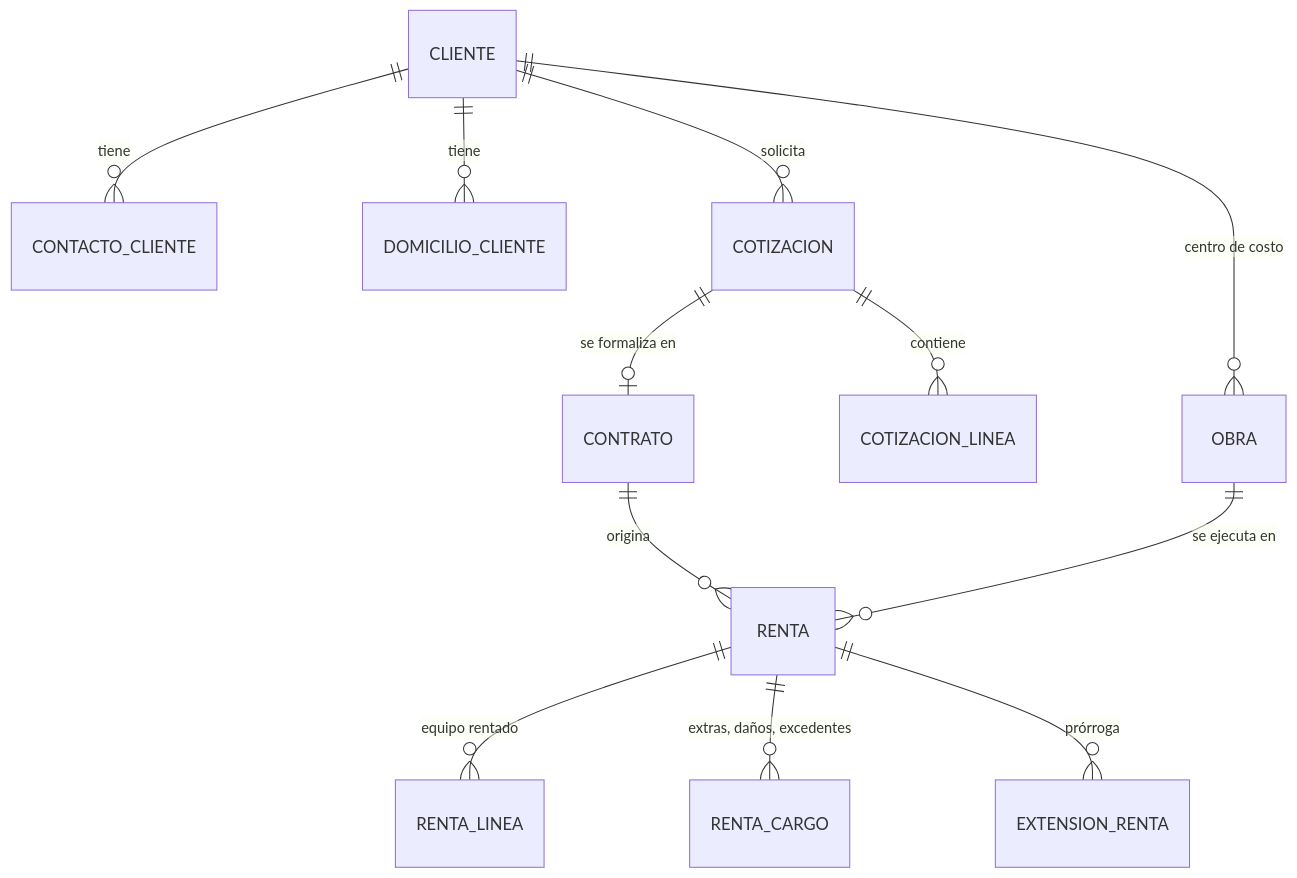
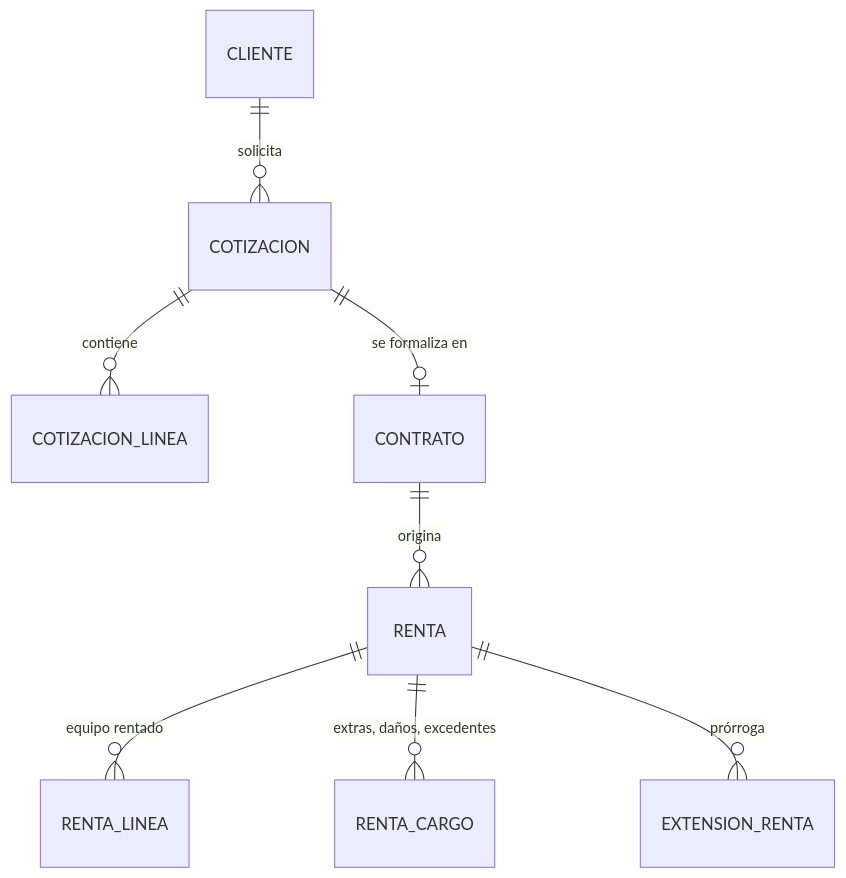
Before and after one commit to xYairrx/maquinaria-backend: the third of 4 diagrams in docs/02-modelo-datos.md, drawn with Mermaid. The commit also changed other lines of this file and 86 other files, not shown here.

````diff
--- a/docs/02-modelo-datos.md
+++ b/docs/02-modelo-datos.md
@@ -169,14 +194,10 @@
 ```mermaid
 erDiagram
-    CLIENTE ||--o{ CONTACTO_CLIENTE : tiene
-    CLIENTE ||--o{ DOMICILIO_CLIENTE : tiene
-    CLIENTE ||--o{ OBRA : "centro de costo"
     CLIENTE ||--o{ COTIZACION : solicita
     COTIZACION ||--o{ COTIZACION_LINEA : contiene
     COTIZACION ||--o| CONTRATO : "se formaliza en"
     CONTRATO ||--o{ RENTA : origina
     RENTA ||--o{ RENTA_LINEA : "equipo rentado"
     RENTA ||--o{ RENTA_CARGO : "extras, daños, excedentes"
     RENTA ||--o{ EXTENSION_RENTA : "prórroga"
-    OBRA ||--o{ RENTA : "se ejecuta en"
 ```
````
